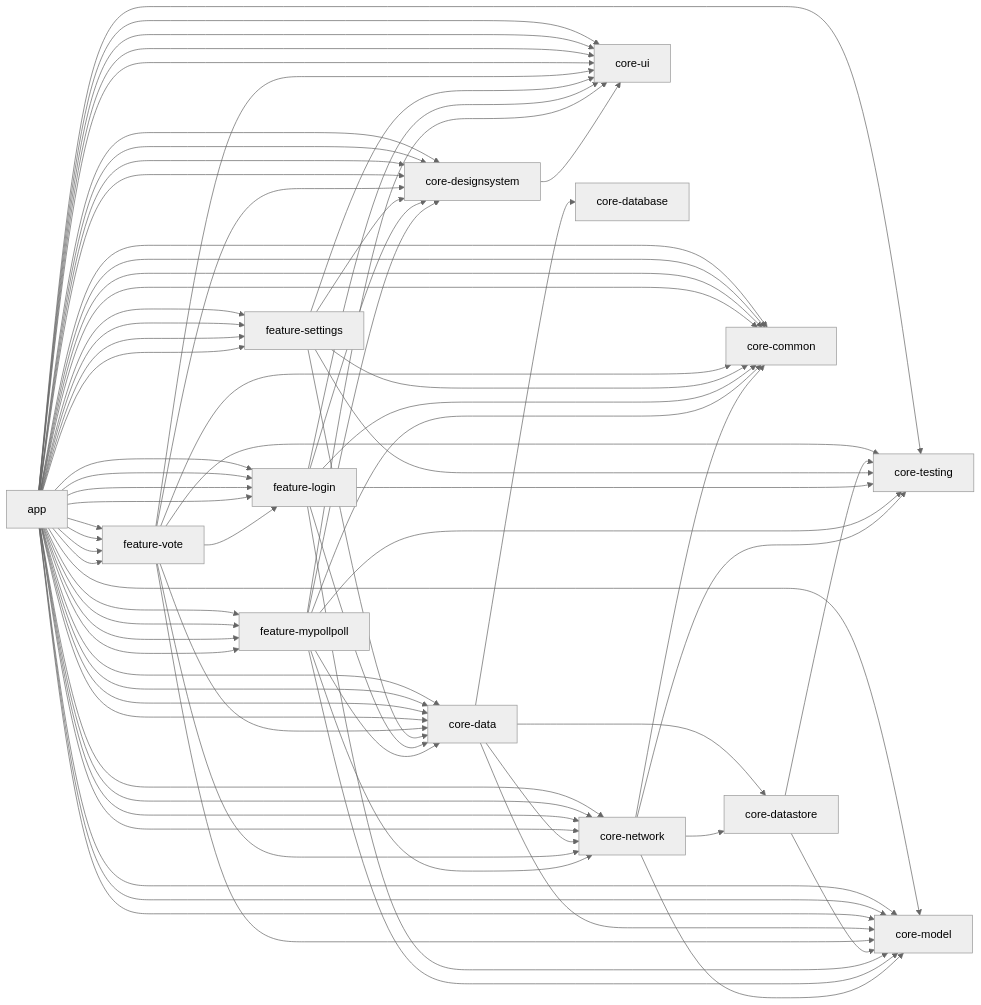
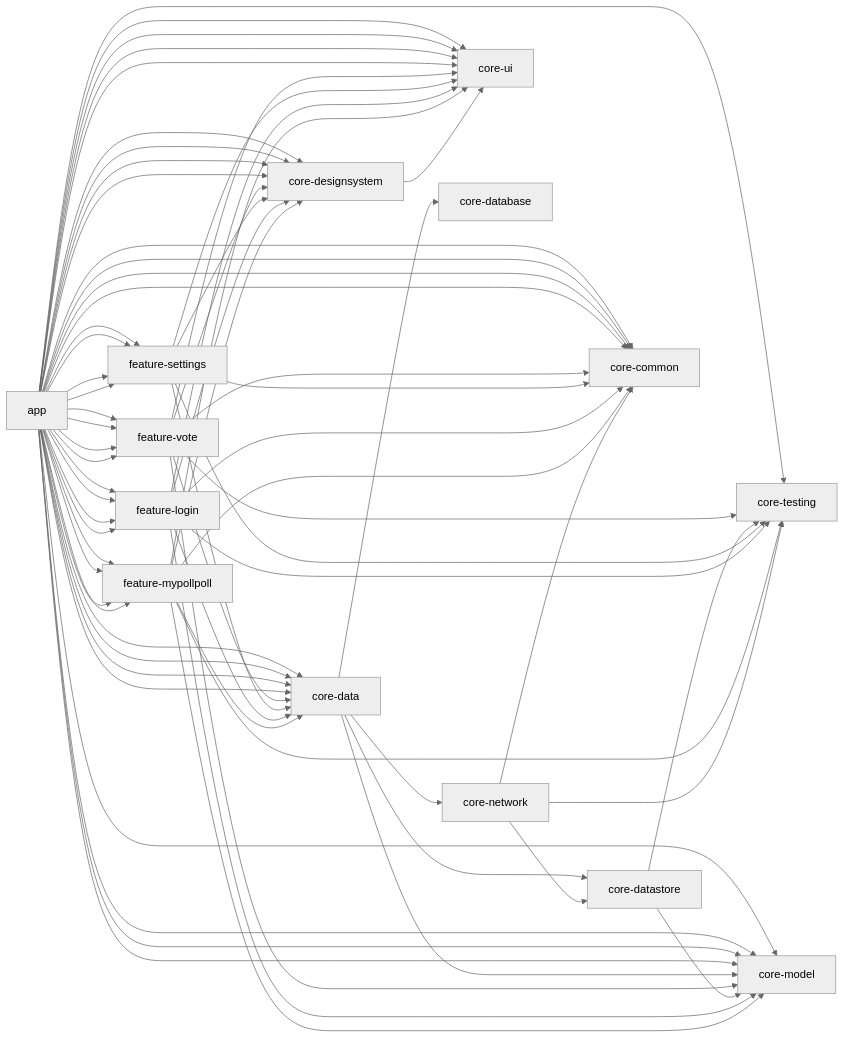
Before and after one commit to DDD-Community/pollpoll-android: the diagram in README.md, drawn with Mermaid. The commit also changed 23 other files, not shown here.

```diff
--- a/README.md
+++ b/README.md
@@ -12,7 +12,6 @@
 graph LR
 
   core-network --> core-testing
-  core-network --> core-model
   core-network --> core-datastore
   core-network --> core-common
   core-designsystem --> core-ui
@@ -20,7 +19,6 @@
   feature-mypollpoll --> core-data
   feature-mypollpoll --> core-ui
   feature-mypollpoll --> core-designsystem
-  feature-mypollpoll --> core-network
   feature-mypollpoll --> core-model
   feature-mypollpoll --> core-common
   feature-login --> core-testing
@@ -40,8 +38,6 @@
   feature-vote --> core-data
   feature-vote --> core-model
   feature-vote --> core-ui
-  feature-vote --> core-network
-  feature-vote --> feature-login
   feature-vote --> core-designsystem
   feature-vote --> core-common
   core-data --> core-database
@@ -55,7 +51,6 @@
   app --> feature-vote
   app --> feature-mypollpoll
   app --> feature-settings
-  app --> core-network
   app --> core-designsystem
   app --> core-common
   app --> core-model
@@ -65,7 +60,6 @@
   app --> feature-vote
   app --> feature-mypollpoll
   app --> feature-settings
-  app --> core-network
   app --> core-designsystem
   app --> core-common
   app --> core-model
@@ -75,7 +69,6 @@
   app --> feature-vote
   app --> feature-mypollpoll
   app --> feature-settings
-  app --> core-network
   app --> core-designsystem
   app --> core-common
   app --> core-model
@@ -85,7 +78,6 @@
   app --> feature-vote
   app --> feature-mypollpoll
   app --> feature-settings
-  app --> core-network
   app --> core-designsystem
   app --> core-common
   app --> core-model
```
